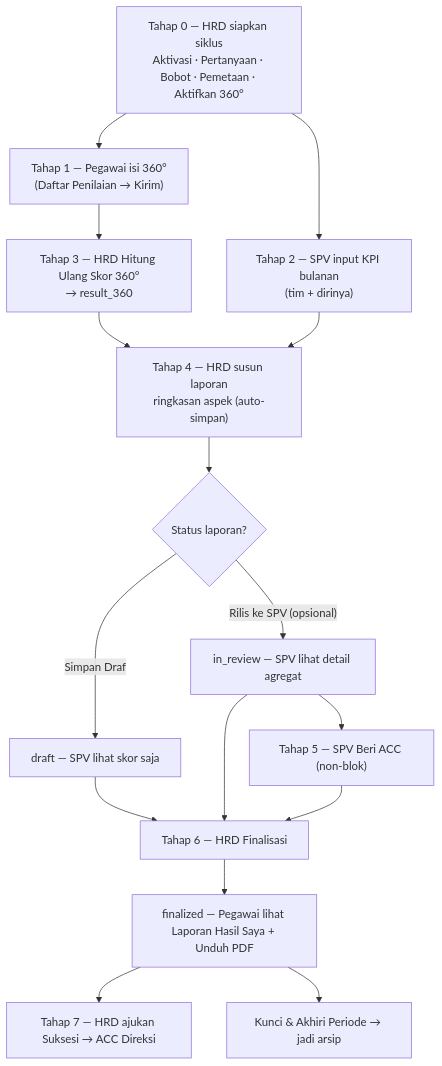
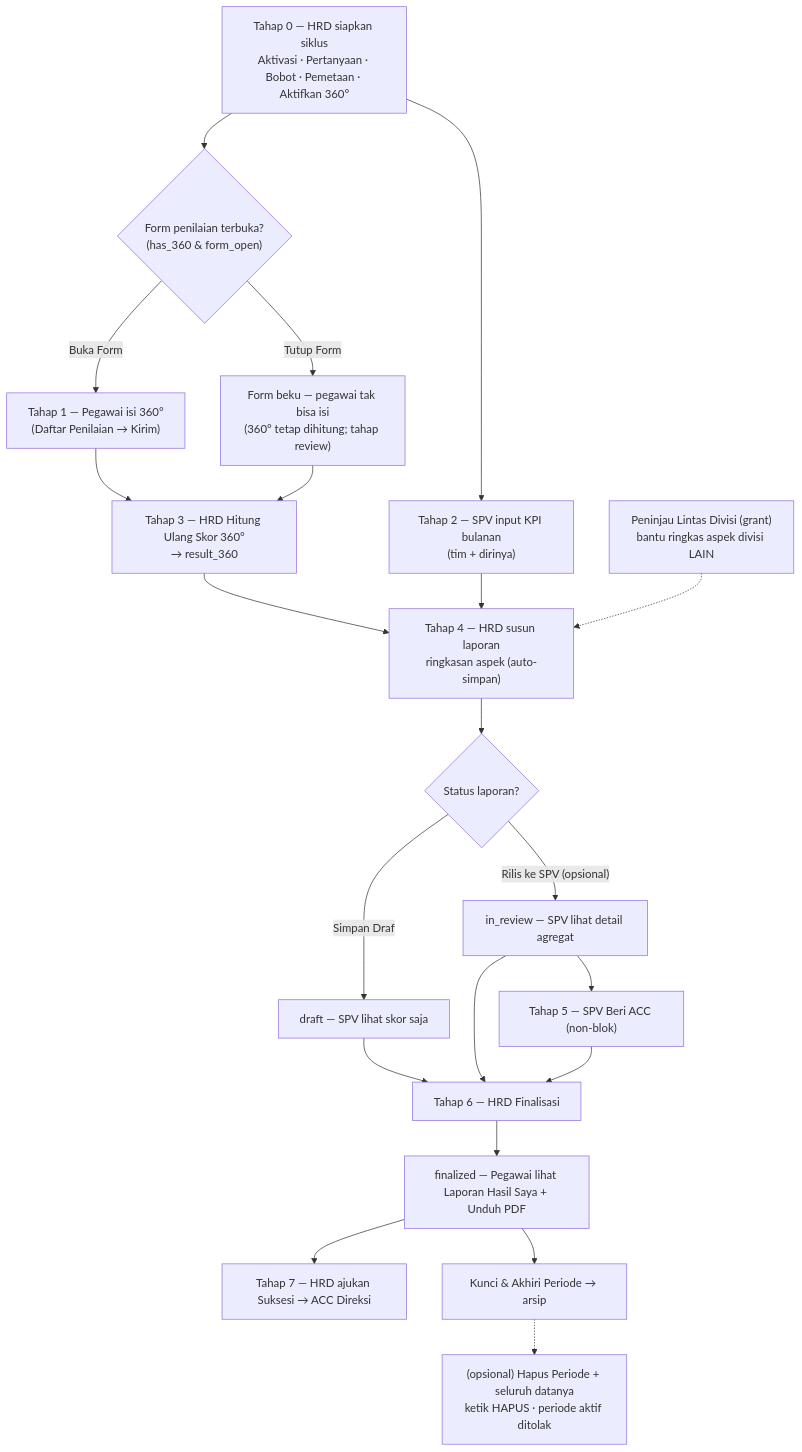
Before and after one commit to infarmcorp/infarm-360: the fourth of 4 diagrams in CARA-PENGGUNAAN.md, drawn with Mermaid. The commit also changed other lines of this file, not shown here.

Commit message:
docs(mermaid): tambah cabang Tutup/Buka Form, Peninjau Lintas Divisi, & Hapus Periode di alur 7 tahap

````diff
--- a/CARA-PENGGUNAAN.md
+++ b/CARA-PENGGUNAAN.md
@@ -707,19 +707,24 @@
 ```mermaid
 flowchart TD
     T0["Tahap 0 — HRD siapkan siklus<br/>Aktivasi · Pertanyaan · Bobot · Pemetaan · Aktifkan 360°"]
-    T0 --> T1["Tahap 1 — Pegawai isi 360°<br/>(Daftar Penilaian → Kirim)"]
+    T0 --> FORM{"Form penilaian terbuka?<br/>(has_360 & form_open)"}
+    FORM -- "Buka Form" --> T1["Tahap 1 — Pegawai isi 360°<br/>(Daftar Penilaian → Kirim)"]
+    FORM -- "Tutup Form" --> FZ["Form beku — pegawai tak bisa isi<br/>(360° tetap dihitung; tahap review)"]
     T0 --> T2["Tahap 2 — SPV input KPI bulanan<br/>(tim + dirinya)"]
     T1 --> T3["Tahap 3 — HRD Hitung Ulang Skor 360°<br/>→ result_360"]
+    FZ --> T3
     T3 --> T4["Tahap 4 — HRD susun laporan<br/>ringkasan aspek (auto-simpan)"]
     T2 --> T4
+    PR["Peninjau Lintas Divisi (grant)<br/>bantu ringkas aspek divisi LAIN"] -.-> T4
     T4 --> S1{"Status laporan?"}
     S1 -- "Simpan Draf" --> DR["draft — SPV lihat skor saja"]
     S1 -- "Rilis ke SPV (opsional)" --> IR["in_review — SPV lihat detail agregat"]
     IR --> ACC["Tahap 5 — SPV Beri ACC (non-blok)"]
     DR --> FIN["Tahap 6 — HRD Finalisasi"]
     IR --> FIN
     ACC --> FIN
     FIN --> FR["finalized — Pegawai lihat Laporan Hasil Saya + Unduh PDF"]
     FR --> T7["Tahap 7 — HRD ajukan Suksesi → ACC Direksi"]
-    FR --> LOCK["Kunci & Akhiri Periode → jadi arsip"]
+    FR --> LOCK["Kunci & Akhiri Periode → arsip"]
+    LOCK -.-> DEL["(opsional) Hapus Periode + seluruh datanya<br/>ketik HAPUS · periode aktif ditolak"]
 ```
````
